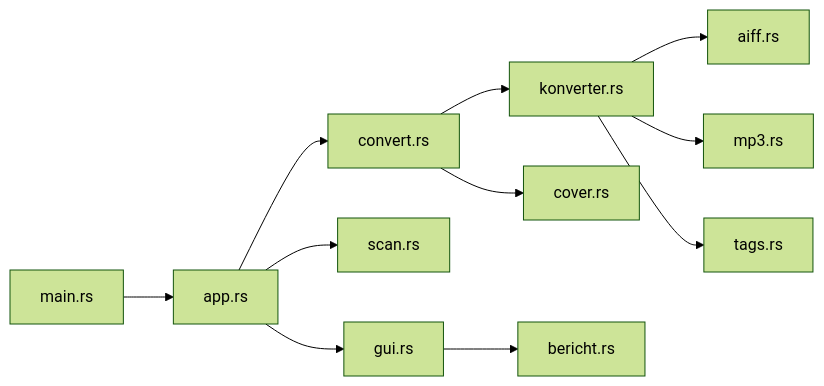
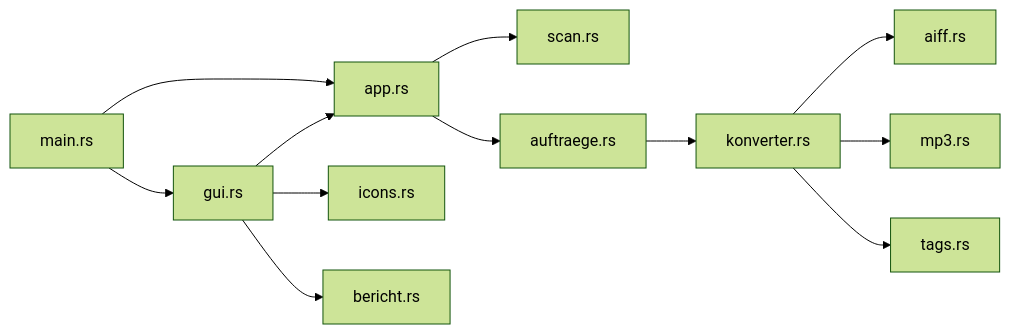
The diagram in wiki/entscheidungen.md (Senci/audio-konverter), drawn with Mermaid (forest theme) before and after one commit. The commit also changed other lines of this file and 41 other files, not shown here.

````diff
--- a/wiki/entscheidungen.md
+++ b/wiki/entscheidungen.md
@@ -27,13 +35,14 @@
 ```mermaid
 flowchart LR
-    M["main.rs"] --> A["app.rs"]
-    A --> G["gui.rs"]
-    A --> S["scan.rs"]
-    A --> C["convert.rs"]
-    C --> K["konverter.rs"]
-    K --> AI["aiff.rs"]
-    K --> MP["mp3.rs"]
-    K --> T["tags.rs"]
-    C --> CO["cover.rs"]
-    G --> B["bericht.rs"]
+    main["main.rs"] --> app["app.rs"]
+    main --> gui["gui.rs"]
+    gui --> app
+    gui --> icons["icons.rs"]
+    gui --> bericht["bericht.rs"]
+    app --> scan["scan.rs"]
+    app --> auftraege["auftraege.rs"]
+    auftraege --> konverter["konverter.rs"]
+    konverter --> aiff["aiff.rs"]
+    konverter --> mp3["mp3.rs"]
+    konverter --> tags["tags.rs"]
 ```
````
